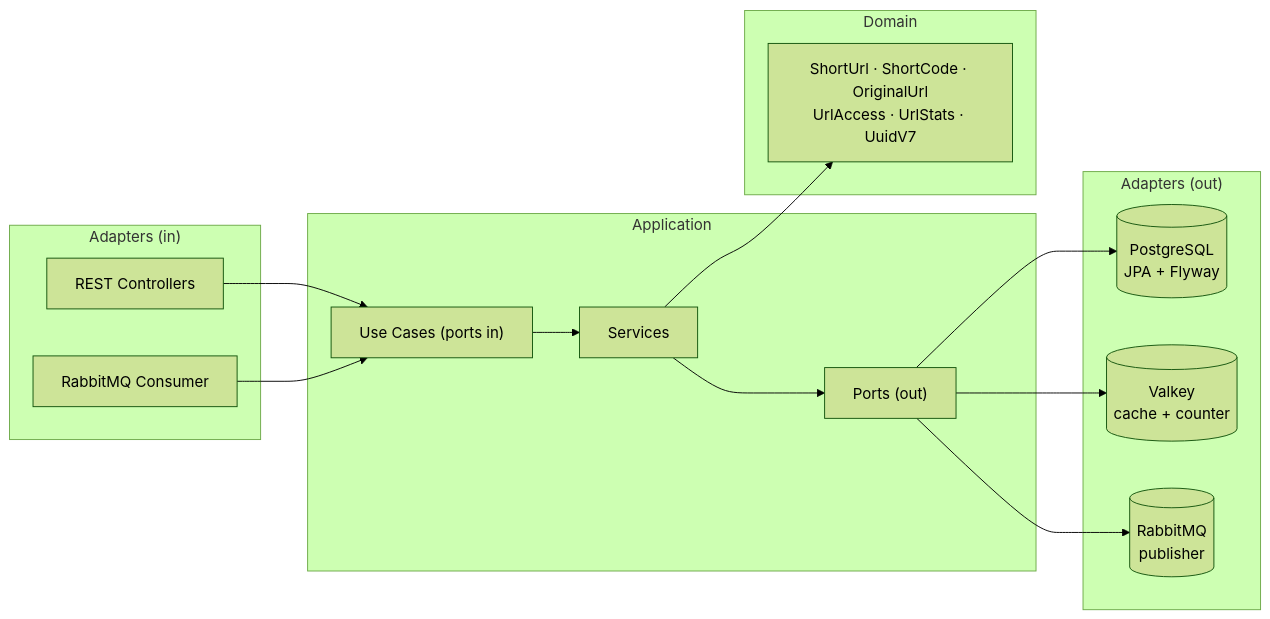
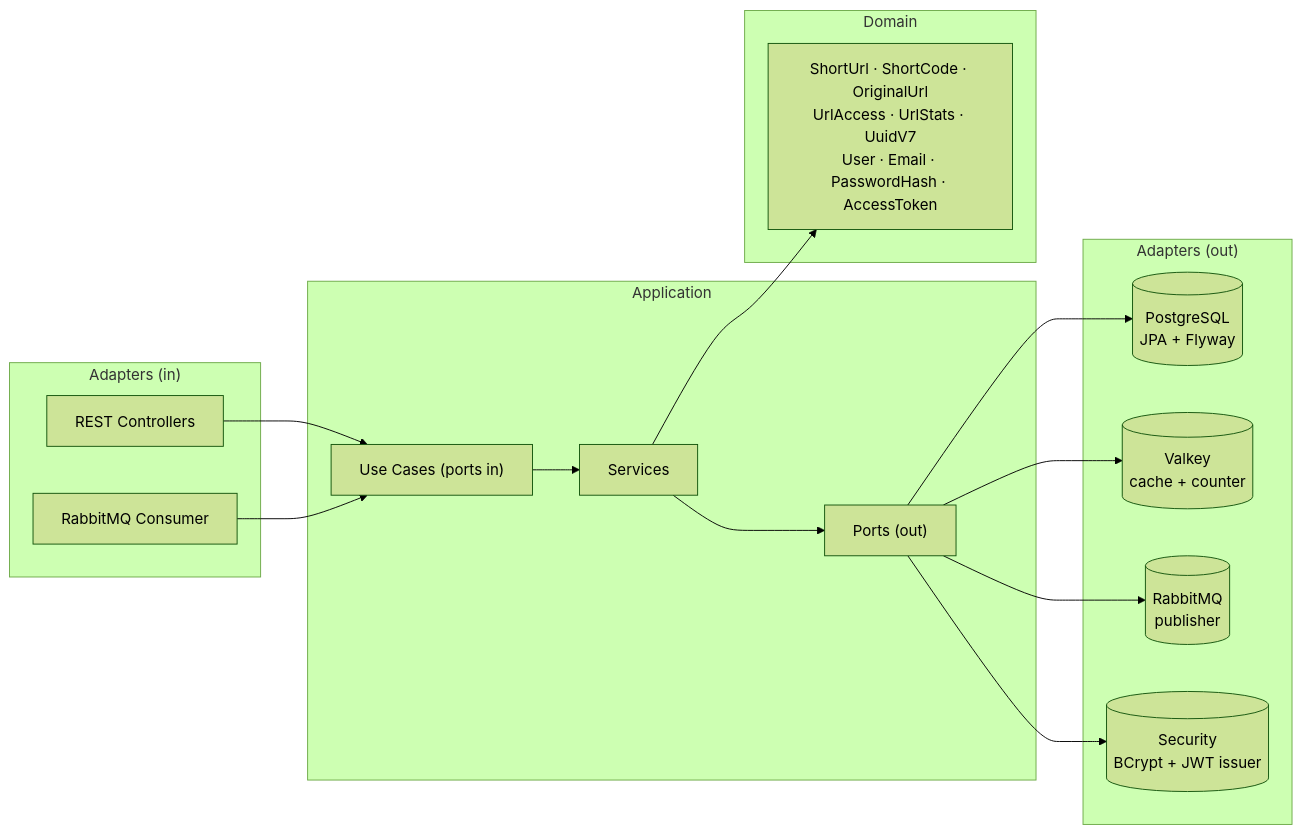
One commit to lucasreali/url-shortener changed the diagram in README.md. Above: the diagram before and after it, drawn with Mermaid (forest theme). The commit also changed other lines of this file, not shown here.

Commit message:
docs: document jwt authentication in readme

````diff
--- a/README.md
+++ b/README.md
@@ -23,32 +24,34 @@
 ```mermaid
 flowchart LR
     subgraph in ["Adapters (in)"]
         REST["REST Controllers"]
         AMQP["RabbitMQ Consumer"]
     end
 
     subgraph app ["Application"]
         UC["Use Cases (ports in)"]
         SVC["Services"]
         OUT["Ports (out)"]
     end
 
     subgraph domain ["Domain"]
-        MODEL["ShortUrl · ShortCode · OriginalUrl<br/>UrlAccess · UrlStats · UuidV7"]
+        MODEL["ShortUrl · ShortCode · OriginalUrl<br/>UrlAccess · UrlStats · UuidV7<br/>User · Email · PasswordHash · AccessToken"]
     end
 
     subgraph outAdapters ["Adapters (out)"]
         PG[("PostgreSQL<br/>JPA + Flyway")]
         VK[("Valkey<br/>cache + counter")]
         MQ[("RabbitMQ<br/>publisher")]
+        SEC[("Security<br/>BCrypt + JWT issuer")]
     end
 
     REST --> UC
     AMQP --> UC
     UC --> SVC
     SVC --> OUT
     SVC --> MODEL
     OUT --> PG
     OUT --> VK
     OUT --> MQ
+    OUT --> SEC
 ```
````
